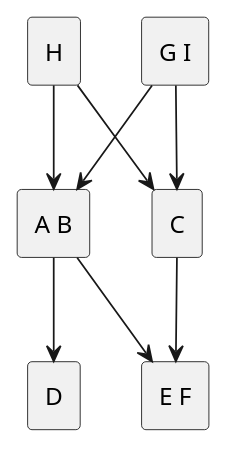
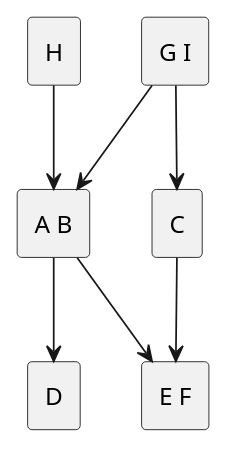
The diagram in resources/principles/uml/MultiClassInterfaceNLOD.puml (kokasumi/design-pattern-notes), drawn with PlantUML before and after one commit. The commit also changed 29 other files, not shown here.

```diff
--- a/resources/principles/uml/MultiClassInterfaceNLOD.puml
+++ b/resources/principles/uml/MultiClassInterfaceNLOD.puml
@@ -1,10 +1,9 @@
 @startuml
 skinparam componentStyle rectangle
 [D] <-up- [A B]
 [A B] <-up- [G I]
 [A B] <-up- [H]
 [C] <-up- [G I]
 [E F] <-up- [C]
 [E F] <-up- [A B]
-[C] <-up- [H]
 @enduml
```
